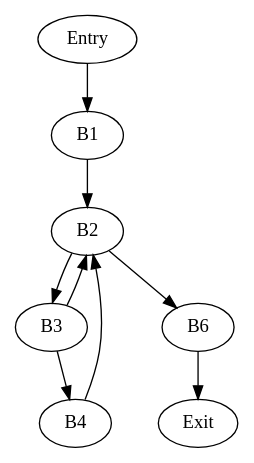
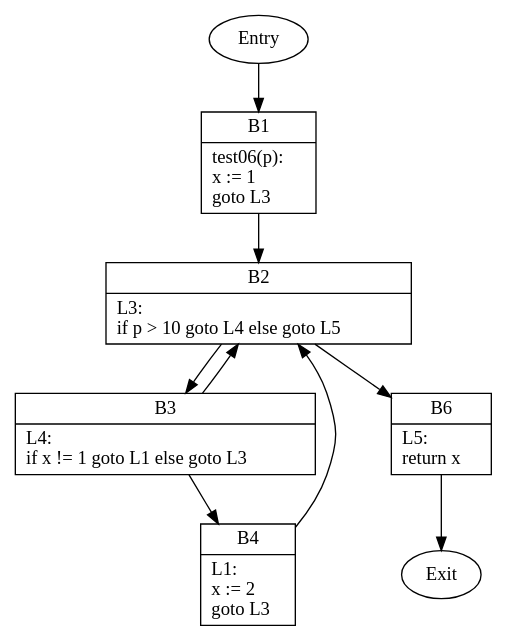
The diagram in control_flow/analysis/examples/test06_cfg.dot (aprell/compiler-potpourri), drawn with Graphviz before and after one commit. The commit also changed 21 other files, not shown here.

```diff
--- a/control_flow/analysis/examples/test06_cfg.dot
+++ b/control_flow/analysis/examples/test06_cfg.dot
@@ -1,10 +1,15 @@
 digraph CFG {
+    B1 [shape=record label="{B1|test06(p):\lx := 1\lgoto L3\l}"];
+    B2 [shape=record label="{B2|L3:\lif p \> 10 goto L4 else goto L5\l}"];
+    B3 [shape=record label="{B3|L4:\lif x != 1 goto L1 else goto L3\l}"];
+    B4 [shape=record label="{B4|L1:\lx := 2\lgoto L3\l}"];
+    B6 [shape=record label="{B6|L5:\lreturn x\l}"];
     Entry -> B1;
     B1 -> B2;
     B2 -> B3;
     B2 -> B6;
     B3 -> B2;
     B3 -> B4;
     B4 -> B2;
     B6 -> Exit;
 }
```
